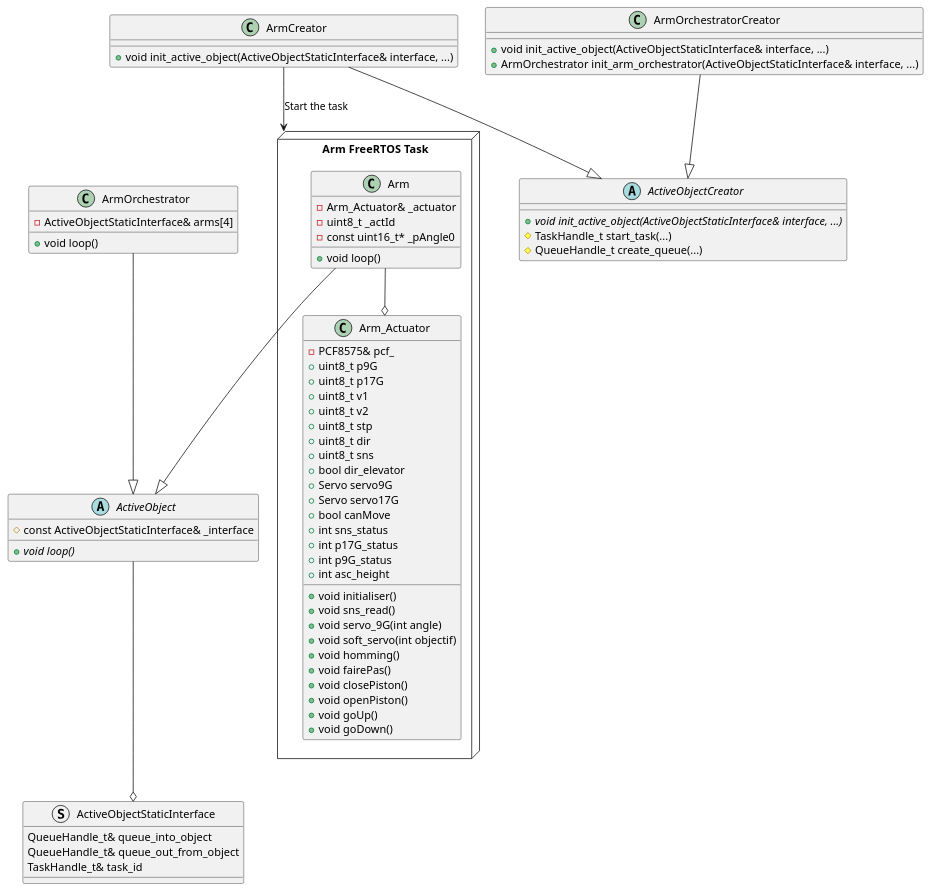
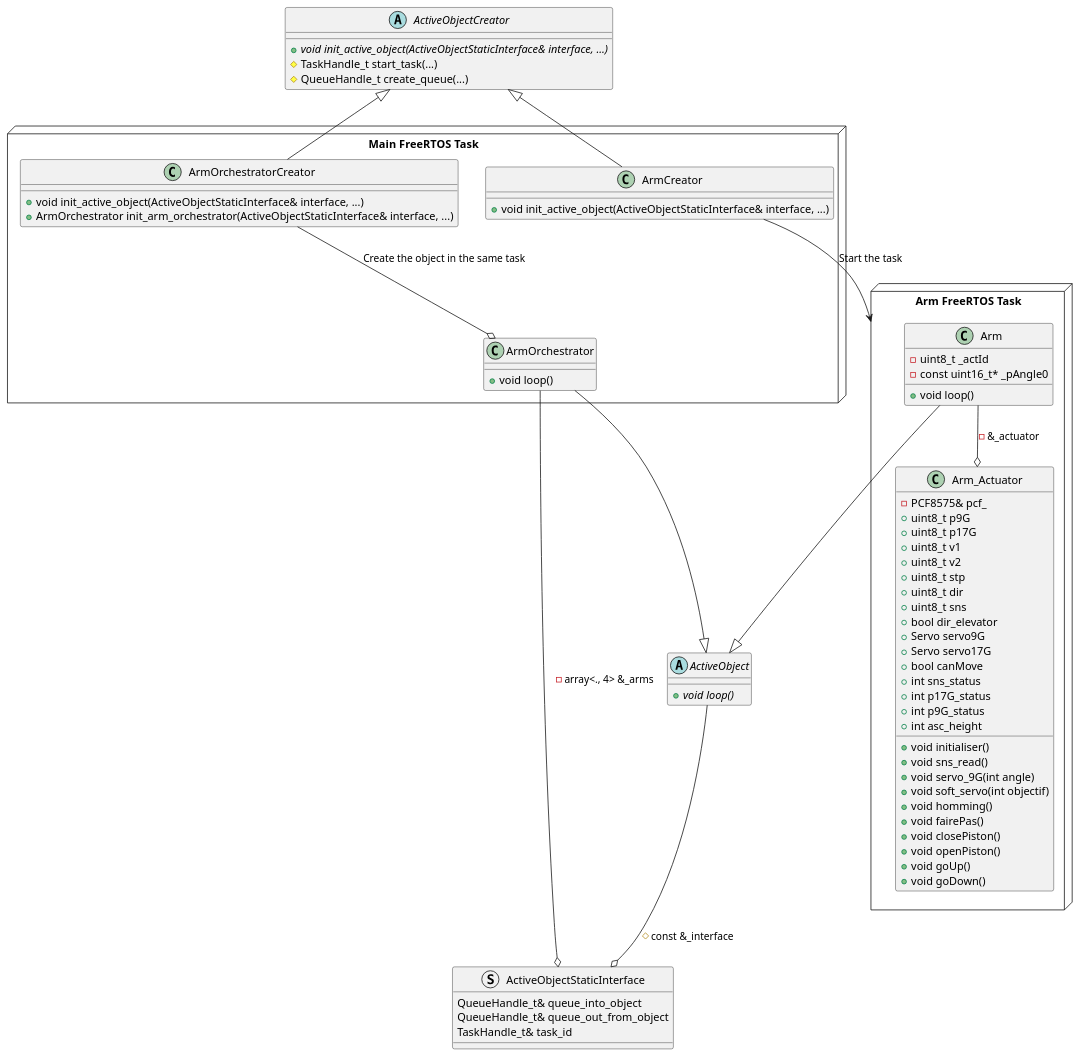
Before and after one commit to eirbot/stk_robot: the diagram in embedded/docs/arch.puml, drawn with PlantUML.

Commit message:
fix: relationships and freertos task

```diff
--- a/embedded/docs/arch.puml
+++ b/embedded/docs/arch.puml
@@ -1,87 +1,88 @@
 @startuml
 ' TODO: set the attributes that relates to other classes
 ' https://plantuml.com/class-diagram#631c2725deb35a73
 
 struct ActiveObjectStaticInterface {
 	QueueHandle_t& queue_into_object
 	QueueHandle_t& queue_out_from_object
 	TaskHandle_t& task_id
 }
 
 abstract class ActiveObject {
-	# const ActiveObjectStaticInterface& _interface
 	+ {abstract} void loop()
 }
 
-ActiveObject --o ActiveObjectStaticInterface
-
+ActiveObject --o ActiveObjectStaticInterface : # const &_interface
 package "Arm FreeRTOS Task" <<Node>> {
 	class Arm {
-		- Arm_Actuator& _actuator
 		- uint8_t _actId
 		- const uint16_t* _pAngle0
 		+ void loop()
 	}
 
 	class Arm_Actuator {
 		+ void initialiser()
 		+ void sns_read()
 		+ void servo_9G(int angle)
 		+ void soft_servo(int objectif)
 		+ void homming()
 		+ void fairePas()
 		+ void closePiston()
 		+ void openPiston()
 		+ void goUp()
 		+ void goDown()
 
 		- PCF8575& pcf_
 		+ uint8_t p9G
 		+ uint8_t p17G
 		+ uint8_t v1
 		+ uint8_t v2
 		+ uint8_t stp
 		+ uint8_t dir
 		+ uint8_t sns
 		+ bool dir_elevator
 		+ Servo servo9G
 		+ Servo servo17G
 		+ bool canMove
 		+ int sns_status
 		+ int p17G_status
 		+ int p9G_status
 		+ int asc_height
 	}
 }
 
-Arm --o Arm_Actuator
+Arm --o Arm_Actuator : - &_actuator
 
 Arm --|> ActiveObject
 
 abstract class ActiveObjectCreator {
     + {abstract} void init_active_object(ActiveObjectStaticInterface& interface, ...) 
 	# TaskHandle_t start_task(...)
 	# QueueHandle_t create_queue(...)
 }
 
-class ArmCreator {
-    + void init_active_object(ActiveObjectStaticInterface& interface, ...) 
-}
-ArmCreator --|> ActiveObjectCreator
-ArmCreator --> "Arm FreeRTOS Task" : "Start the task"
+package "Main FreeRTOS Task" <<Node>> {
+	class ArmCreator {
+	    + void init_active_object(ActiveObjectStaticInterface& interface, ...) 
+	}
+	ArmCreator -up-|> ActiveObjectCreator
+	ArmCreator --> "Arm FreeRTOS Task" : "Start the task"
 
-class ArmOrchestrator {
-	- ActiveObjectStaticInterface& arms[4]
-	+ void loop()
+	class ArmOrchestrator {
+		+ void loop()
+	}
+
+	ArmOrchestrator --o ActiveObjectStaticInterface : - array<., 4> &_arms
+
+	ArmOrchestrator --|> ActiveObject
+
+	class ArmOrchestratorCreator {
+		+ void init_active_object(ActiveObjectStaticInterface& interface, ...) 
+		+ ArmOrchestrator init_arm_orchestrator(ActiveObjectStaticInterface& interface, ...) 
+	}
+
+	ArmOrchestratorCreator -up-|> ActiveObjectCreator
+	ArmOrchestratorCreator --o ArmOrchestrator : Create the object in the same task 
 }
 
-ArmOrchestrator --|> ActiveObject
-
-class ArmOrchestratorCreator {
-	+ void init_active_object(ActiveObjectStaticInterface& interface, ...) 
-	+ ArmOrchestrator init_arm_orchestrator(ActiveObjectStaticInterface& interface, ...) 
-}
-
-ArmOrchestratorCreator --|> ActiveObjectCreator
-
 @enduml
```
